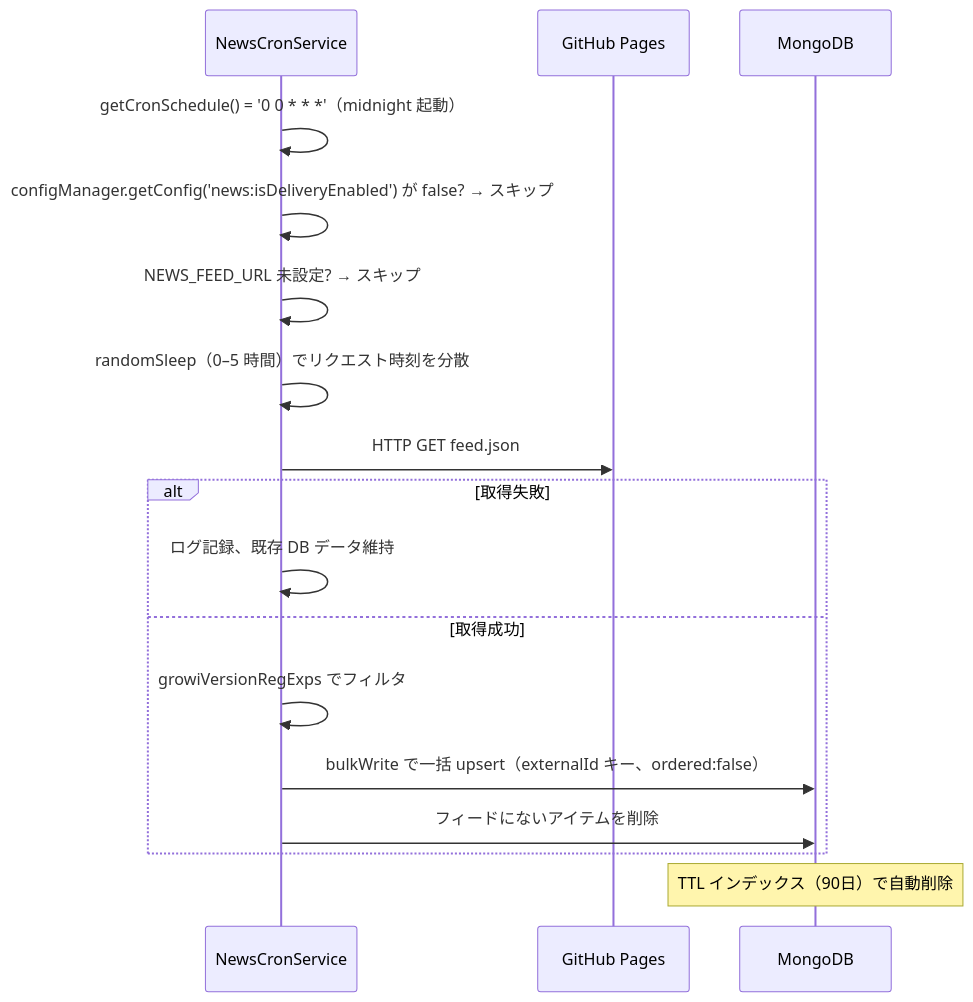
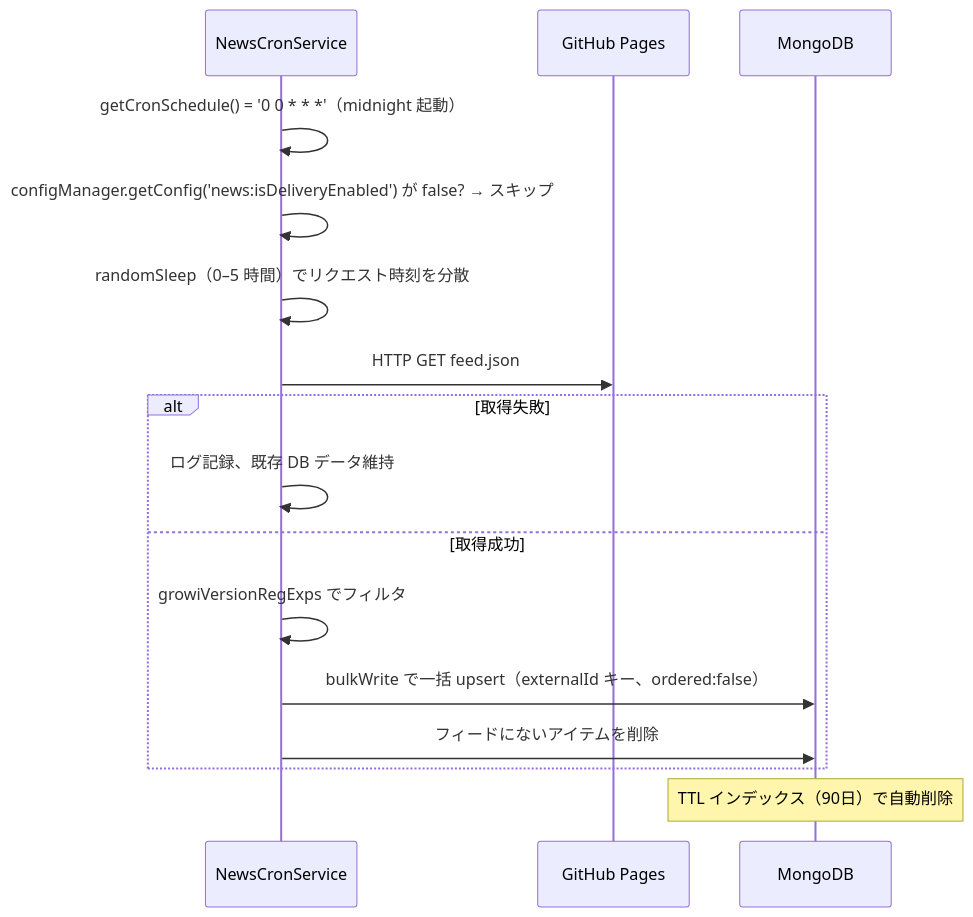
The second of 5 diagrams in .kiro/specs/news-inappnotification/design.md (growilabs/growi), drawn with Mermaid before and after one commit. The commit also changed other lines of this file and 4 other files, not shown here.

First line of the commit message:
refactor(news): drop env-based config; hardcode feed URL

````diff
--- a/.kiro/specs/news-inappnotification/design.md
+++ b/.kiro/specs/news-inappnotification/design.md
@@ -90,20 +90,19 @@
 ```mermaid
 sequenceDiagram
   participant Cron as NewsCronService
   participant Feed as GitHub Pages
   participant DB as MongoDB
 
   Cron->>Cron: getCronSchedule() = '0 0 * * *'（midnight 起動）
   Cron->>Cron: configManager.getConfig('news:isDeliveryEnabled') が false? → スキップ
-  Cron->>Cron: NEWS_FEED_URL 未設定? → スキップ
   Cron->>Cron: randomSleep（0–5 時間）でリクエスト時刻を分散
   Cron->>Feed: HTTP GET feed.json
   alt 取得失敗
     Cron->>Cron: ログ記録、既存 DB データ維持
   else 取得成功
     Cron->>Cron: growiVersionRegExps でフィルタ
     Cron->>DB: bulkWrite で一括 upsert（externalId キー、ordered:false）
     Cron->>DB: フィードにないアイテムを削除
   end
   Note over DB: TTL インデックス（90日）で自動削除
 ```
````
